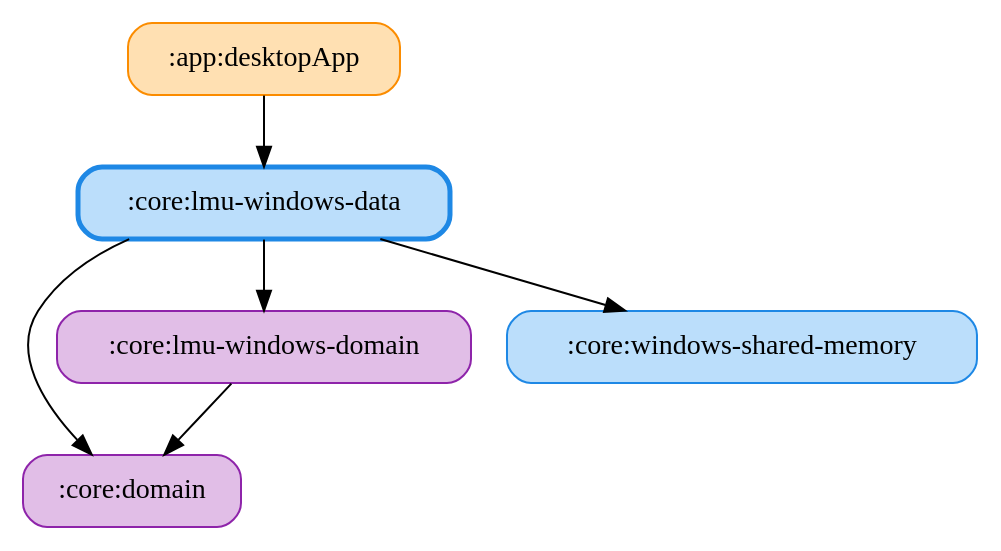
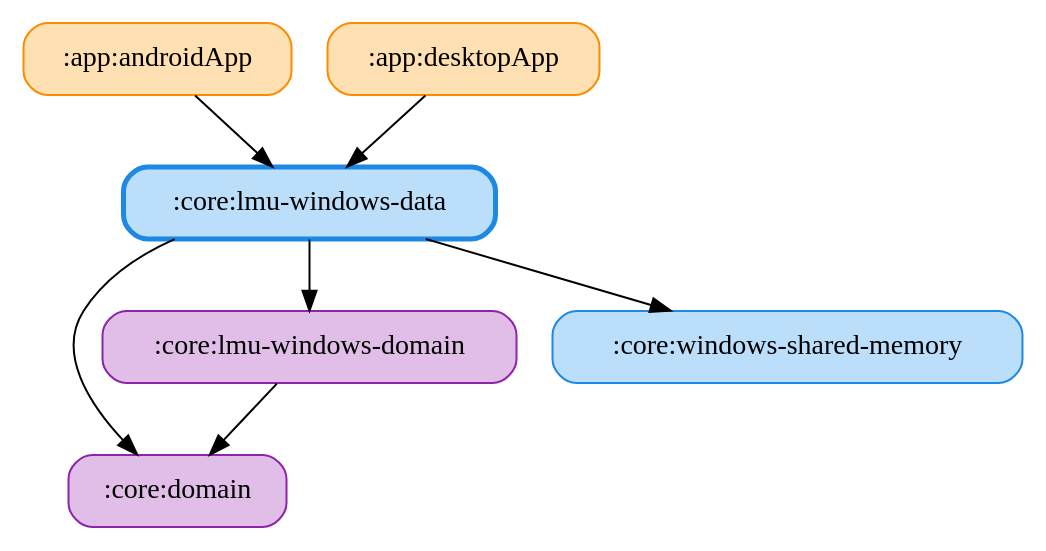
Before and after one commit to ai-kurou/KoDriver: the diagram in docs/graphs/core-lmu-windows-data.gv, drawn with Graphviz. The commit also changed 5 other files, not shown here.

Commit message:
chore: update module graph images

```diff
--- a/docs/graphs/core-lmu-windows-data.gv
+++ b/docs/graphs/core-lmu-windows-data.gv
@@ -1,14 +1,16 @@
 digraph G {
   rankdir=TB
   node [shape=box, style="rounded,filled"]
+  ":app:androidApp" [fillcolor="#FFE0B2", color="#FB8C00", penwidth=1]
   ":app:desktopApp" [fillcolor="#FFE0B2", color="#FB8C00", penwidth=1]
   ":core:domain" [fillcolor="#E1BEE7", color="#8E24AA", penwidth=1]
   ":core:lmu-windows-data" [fillcolor="#BBDEFB", color="#1E88E5", penwidth=2.5]
   ":core:lmu-windows-domain" [fillcolor="#E1BEE7", color="#8E24AA", penwidth=1]
   ":core:windows-shared-memory" [fillcolor="#BBDEFB", color="#1E88E5", penwidth=1]
+  ":app:androidApp" -> ":core:lmu-windows-data"
   ":app:desktopApp" -> ":core:lmu-windows-data"
   ":core:lmu-windows-data" -> ":core:domain"
   ":core:lmu-windows-data" -> ":core:lmu-windows-domain"
   ":core:lmu-windows-data" -> ":core:windows-shared-memory"
   ":core:lmu-windows-domain" -> ":core:domain"
 }
```
